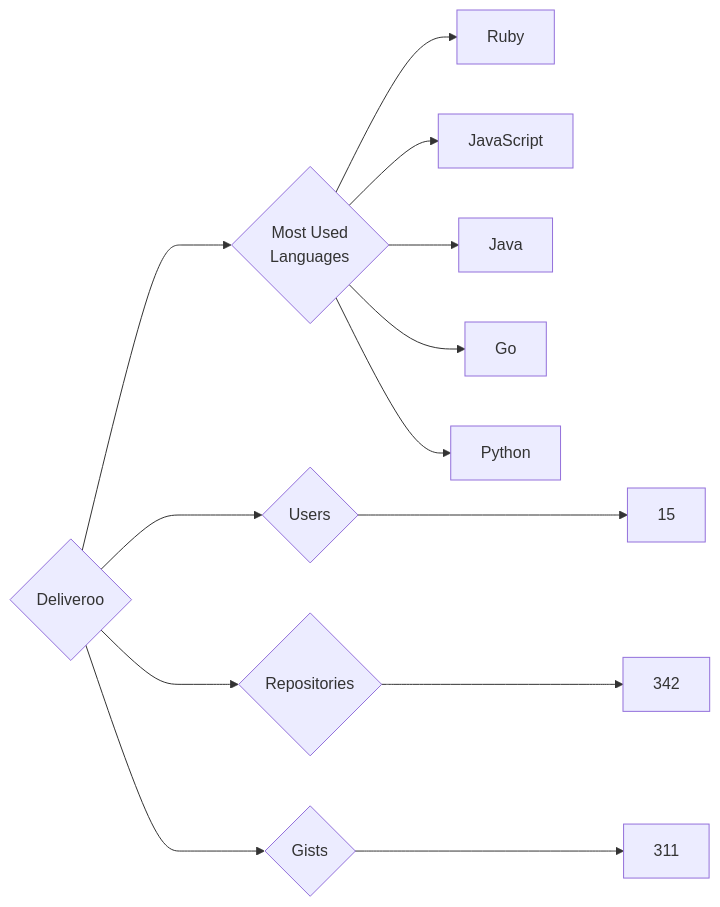
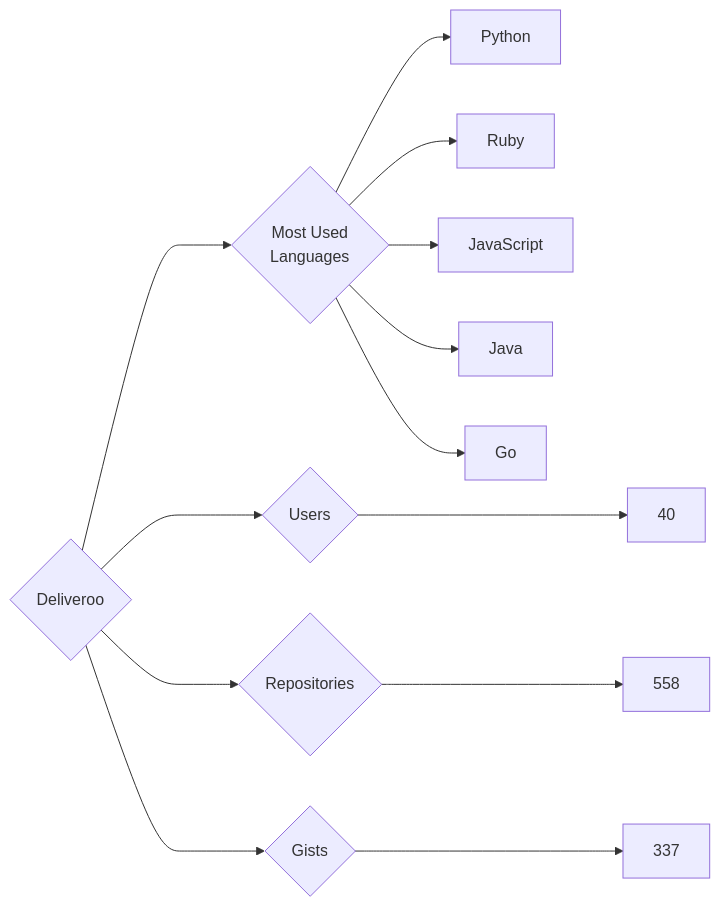
One commit to trickest/insiders changed the diagram in targets/Deliveroo/README.md. Above: the diagram before and after it, drawn with Mermaid. The commit also changed 714 other files, not shown here.

````diff
--- a/targets/Deliveroo/README.md
+++ b/targets/Deliveroo/README.md
@@ -3,13 +3,13 @@
 ```mermaid
 graph LR
 COMPANY_NAME{Deliveroo}
-COMPANY_NAME ---> U{Users} ---> UN[15]
-COMPANY_NAME ---> R{Repositories} ---> RN[342]
-COMPANY_NAME ---> G{Gists} ---> GN[311]
+COMPANY_NAME ---> U{Users} ---> UN[40]
+COMPANY_NAME ---> R{Repositories} ---> RN[558]
+COMPANY_NAME ---> G{Gists} ---> GN[337]
 COMPANY_NAME ---> ML{Most Used<br>Languages}
+ML --> Python[Python]
 ML --> Ruby[Ruby]
 ML --> JavaScript[JavaScript]
 ML --> Java[Java]
 ML --> Go[Go]
-ML --> Python[Python]
 ```
````
